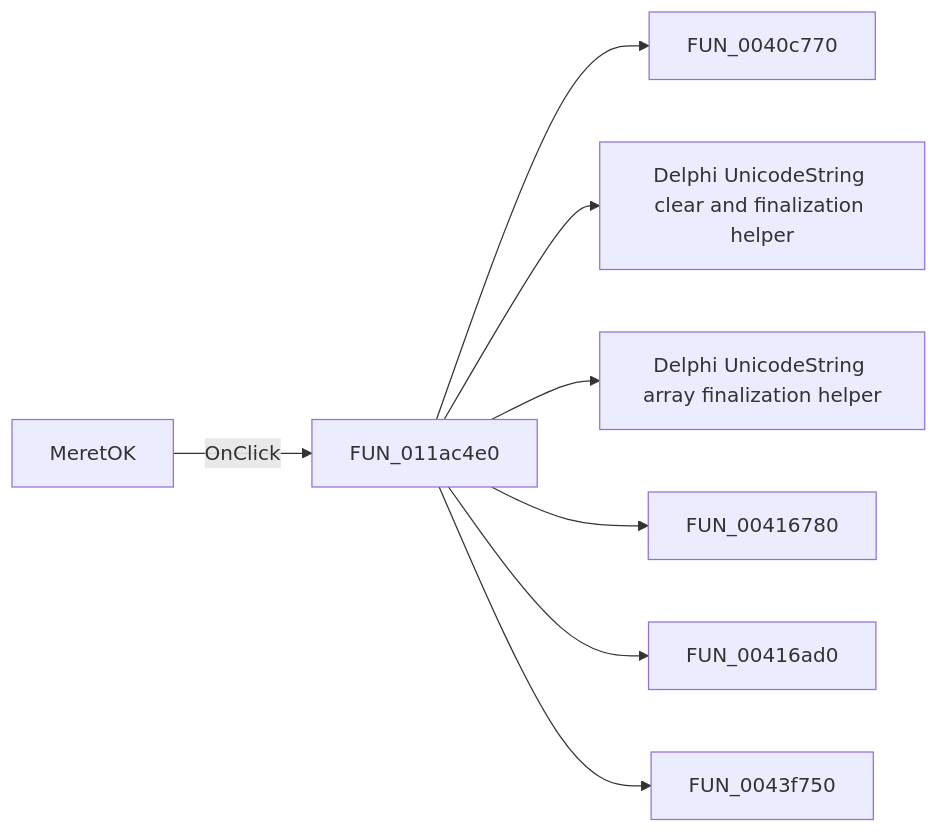
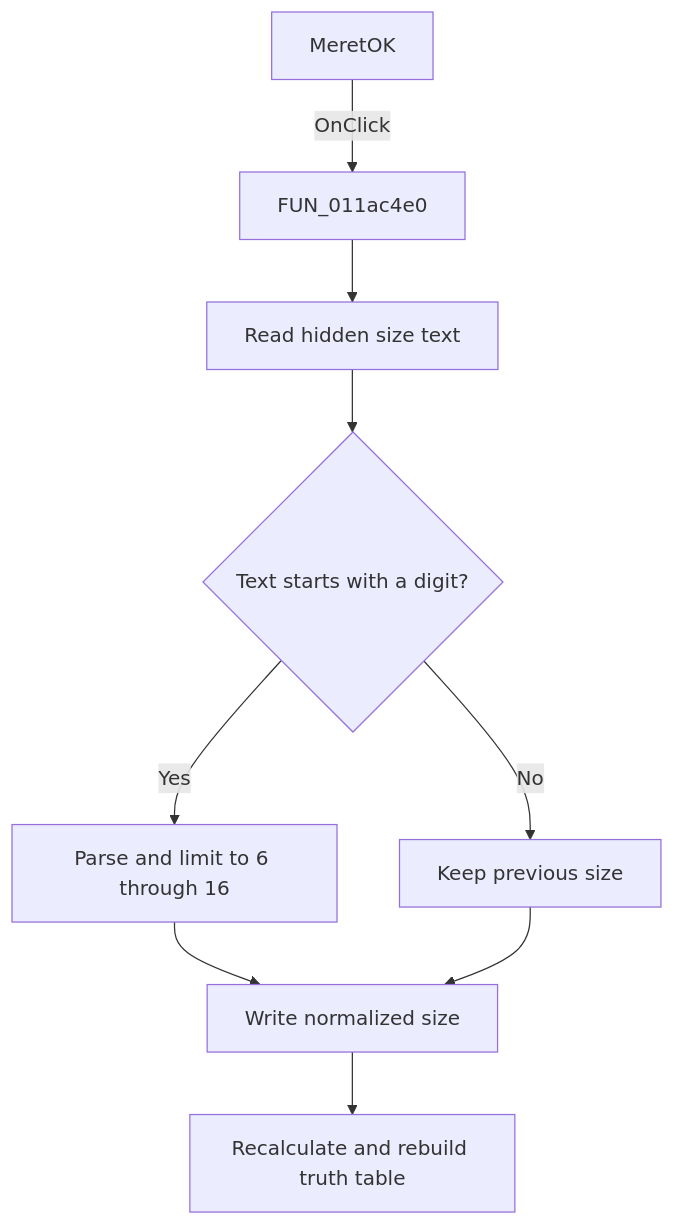
The diagram in docs/ui-controls/tables-form/meretok-dfc10596c1.md (MovGP0/TIARA), drawn with Mermaid before and after one commit. The commit also changed other lines of this file and 387 other files, not shown here.

````diff
--- a/docs/ui-controls/tables-form/meretok-dfc10596c1.md
+++ b/docs/ui-controls/tables-form/meretok-dfc10596c1.md
@@ -27,10 +27,11 @@
 ```mermaid
-flowchart LR
+flowchart TD
     control["MeretOK"] -->|OnClick| handler["FUN_011ac4e0"]
-    handler --> call1["FUN_0040c770"]
-    handler --> call2["Delphi UnicodeString clear and finalization helper"]
-    handler --> call3["Delphi UnicodeString array finalization helper"]
-    handler --> call4["FUN_00416780"]
-    handler --> call5["FUN_00416ad0"]
-    handler --> call6["FUN_0043f750"]
+    handler --> read["Read hidden size text"]
+    read --> digit{"Text starts with a digit?"}
+    digit -->|Yes| clamp["Parse and limit to 6 through 16"]
+    digit -->|No| retain["Keep previous size"]
+    clamp --> normalize["Write normalized size"]
+    retain --> normalize
+    normalize --> rebuild["Recalculate and rebuild truth table"]
 ```
````
